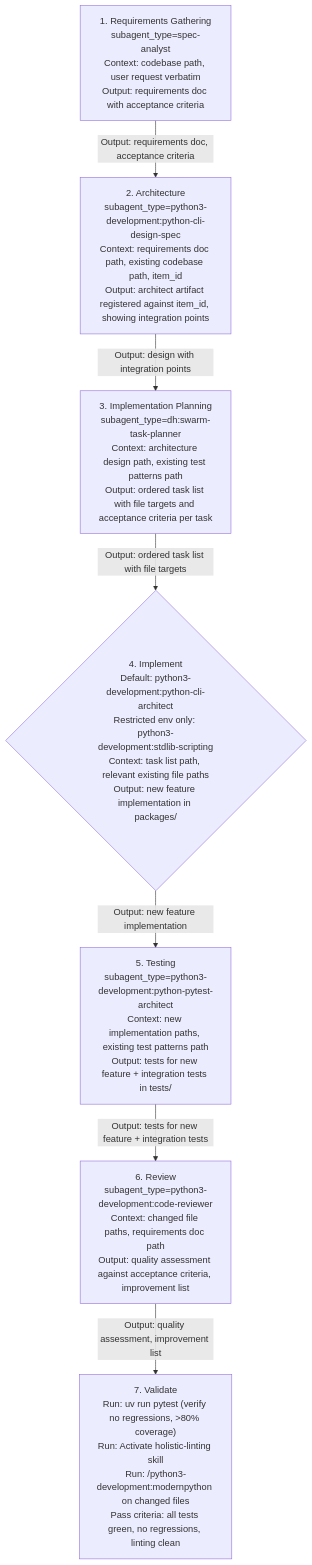
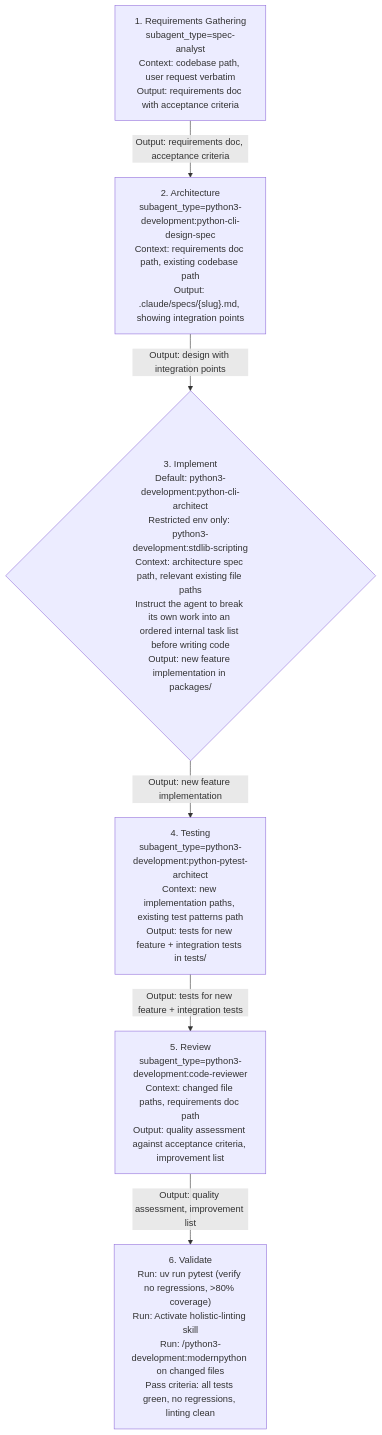
Before and after one commit to Jamie-BitFlight/claude_skills: the second of 6 diagrams in plugins/python3-development/skills/python3-development/references/python-development-orchestration.md, drawn with Mermaid. The commit also changed other lines of this file and 85 other files, not shown here.

````diff
--- a/plugins/python3-development/skills/python3-development/references/python-development-orchestration.md
+++ b/plugins/python3-development/skills/python3-development/references/python-development-orchestration.md
@@ -104,16 +100,14 @@
 ```mermaid
 flowchart TD
     S1["1. Requirements Gathering<br>subagent_type=spec-analyst<br>Context: codebase path, user request verbatim<br>Output: requirements doc with acceptance criteria"]
-    S2["2. Architecture<br>subagent_type=python3-development:python-cli-design-spec<br>Context: requirements doc path, existing codebase path, item_id<br>Output: architect artifact registered against item_id, showing integration points"]
-    S3["3. Implementation Planning<br>subagent_type=dh:swarm-task-planner<br>Context: architecture design path, existing test patterns path<br>Output: ordered task list with file targets and acceptance criteria per task"]
-    S4{"4. Implement<br>Default: python3-development:python-cli-architect<br>Restricted env only: python3-development:stdlib-scripting<br>Context: task list path, relevant existing file paths<br>Output: new feature implementation in packages/"}
-    S5["5. Testing<br>subagent_type=python3-development:python-pytest-architect<br>Context: new implementation paths, existing test patterns path<br>Output: tests for new feature + integration tests in tests/"]
-    S6["6. Review<br>subagent_type=python3-development:code-reviewer<br>Context: changed file paths, requirements doc path<br>Output: quality assessment against acceptance criteria, improvement list"]
-    S7["7. Validate<br>Run: uv run pytest (verify no regressions, >80% coverage)<br>Run: Activate holistic-linting skill<br>Run: /python3-development:modernpython on changed files<br>Pass criteria: all tests green, no regressions, linting clean"]
+    S2["2. Architecture<br>subagent_type=python3-development:python-cli-design-spec<br>Context: requirements doc path, existing codebase path<br>Output: .claude/specs/{slug}.md, showing integration points"]
+    S3{"3. Implement<br>Default: python3-development:python-cli-architect<br>Restricted env only: python3-development:stdlib-scripting<br>Context: architecture spec path, relevant existing file paths<br>Instruct the agent to break its own work into an ordered internal task list before writing code<br>Output: new feature implementation in packages/"}
+    S4["4. Testing<br>subagent_type=python3-development:python-pytest-architect<br>Context: new implementation paths, existing test patterns path<br>Output: tests for new feature + integration tests in tests/"]
+    S5["5. Review<br>subagent_type=python3-development:code-reviewer<br>Context: changed file paths, requirements doc path<br>Output: quality assessment against acceptance criteria, improvement list"]
+    S6["6. Validate<br>Run: uv run pytest (verify no regressions, >80% coverage)<br>Run: Activate holistic-linting skill<br>Run: /python3-development:modernpython on changed files<br>Pass criteria: all tests green, no regressions, linting clean"]
     S1 -->|"Output: requirements doc, acceptance criteria"| S2
     S2 -->|"Output: design with integration points"| S3
-    S3 -->|"Output: ordered task list with file targets"| S4
-    S4 -->|"Output: new feature implementation"| S5
-    S5 -->|"Output: tests for new feature + integration tests"| S6
-    S6 -->|"Output: quality assessment, improvement list"| S7
+    S3 -->|"Output: new feature implementation"| S4
+    S4 -->|"Output: tests for new feature + integration tests"| S5
+    S5 -->|"Output: quality assessment, improvement list"| S6
 ```
````
